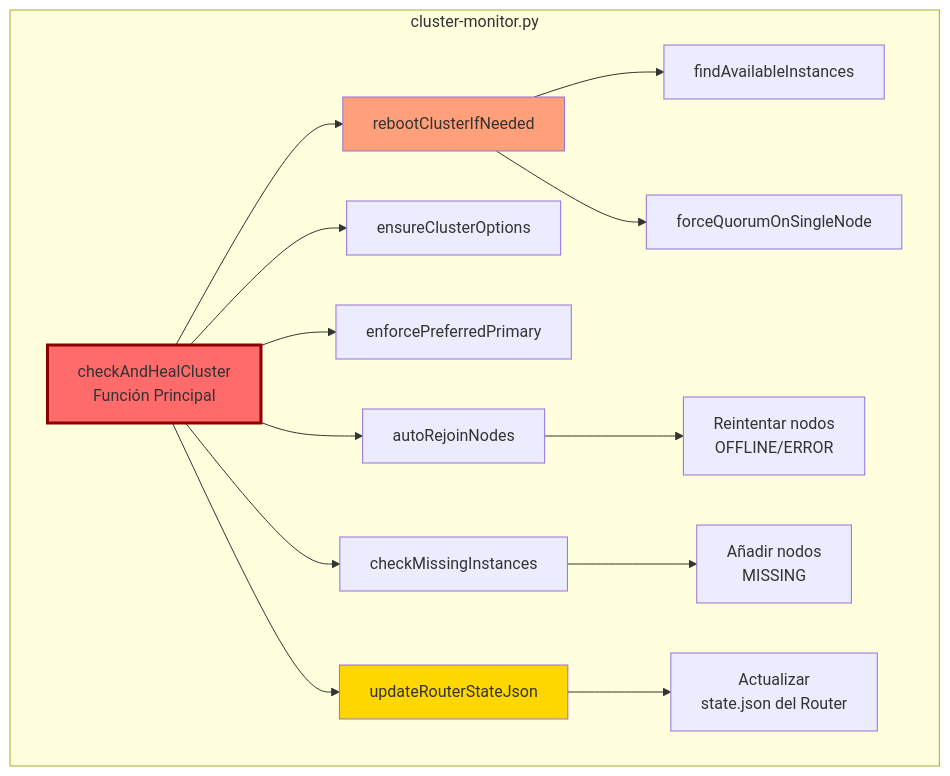
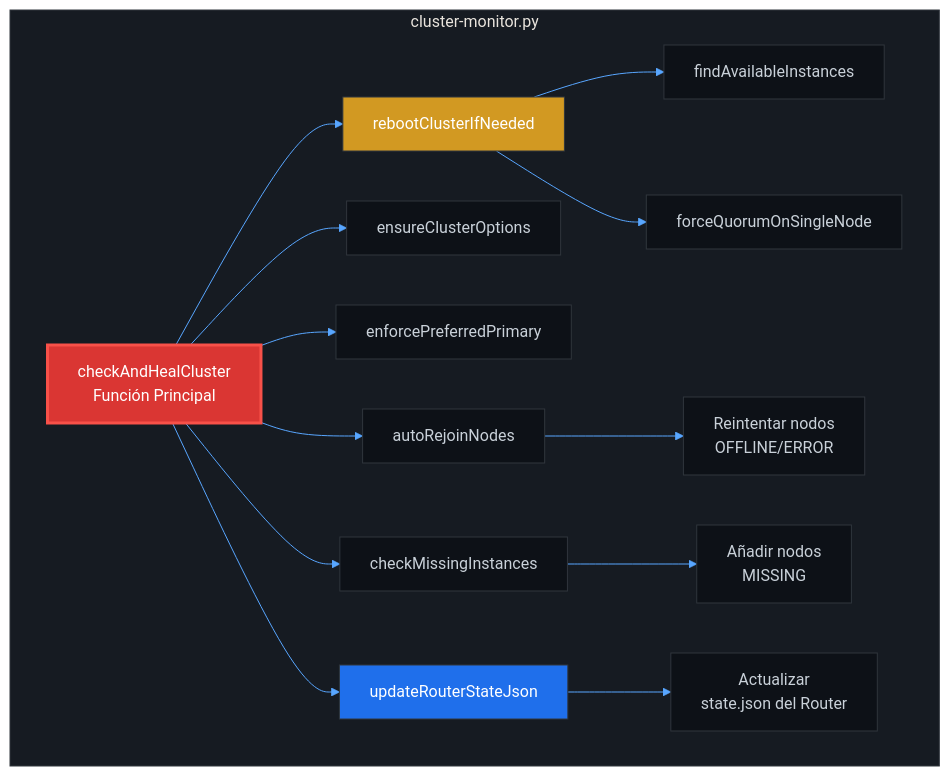
One commit to JoaquinLoaizaUCSM/sistema-gestion-sobretiempos-ha changed diagram 11 of 13 in docs/ARQUITECTURA.md. Above: the diagram before and after it, drawn with Mermaid. The commit also changed other lines of this file and 2 other files, not shown here.

Commit message:
Docs: Update diagrams for dark mode and refresh README

````diff
--- a/docs/ARQUITECTURA.md
+++ b/docs/ARQUITECTURA.md
@@ -472,24 +482,25 @@
 ```mermaid
+%%{init: {'theme': 'base', 'themeVariables': { 'primaryColor': '#0d1117', 'primaryTextColor': '#c9d1d9', 'primaryBorderColor': '#30363d', 'lineColor': '#58a6ff', 'secondaryColor': '#161b22', 'tertiaryColor': '#161b22', 'mainBkg': '#0d1117', 'nodeBorder': '#30363d', 'clusterBkg': '#161b22', 'clusterBorder': '#30363d', 'defaultLinkColor': '#58a6ff', 'fontFamily': 'arial', 'fontSize': '16px'}}}%%
 graph TB
     subgraph "cluster-monitor.py"
         MAIN[checkAndHealCluster<br/>Función Principal]
         
         MAIN --> F1[rebootClusterIfNeeded]
         MAIN --> F2[ensureClusterOptions]
         MAIN --> F3[enforcePreferredPrimary]
         MAIN --> F4[autoRejoinNodes]
         MAIN --> F5[checkMissingInstances]
         MAIN --> F6[updateRouterStateJson]
         
         F1 --> F1A[findAvailableInstances]
         F1 --> F1B[forceQuorumOnSingleNode]
         
         F4 --> F4A[Reintentar nodos<br/>OFFLINE/ERROR]
         F5 --> F5A[Añadir nodos<br/>MISSING]
         F6 --> F6A[Actualizar<br/>state.json del Router]
     end
     
-    style MAIN fill:#FF6B6B,stroke:#8B0000,stroke-width:3px
-    style F1 fill:#FFA07A
-    style F6 fill:#FFD700
+    style MAIN fill:#da3633,stroke:#f85149,stroke-width:3px,color:#ffffff
+    style F1 fill:#d29922,color:#ffffff
+    style F6 fill:#1f6feb,color:#ffffff
 ```
````
